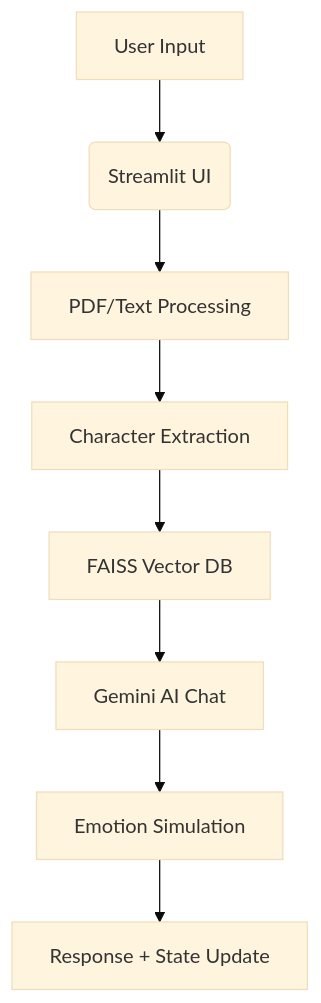
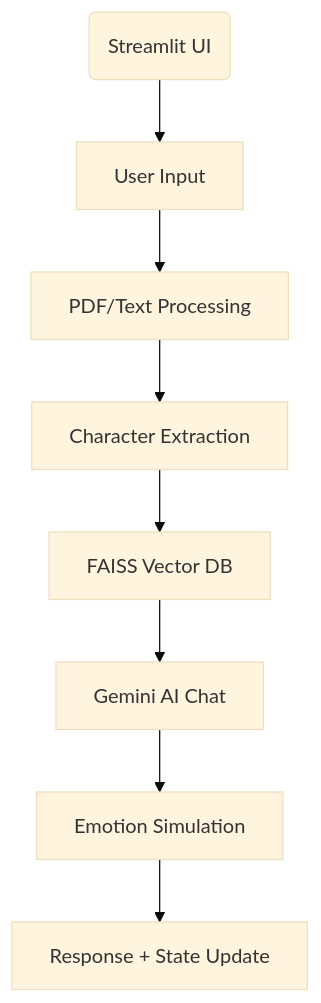
The diagram in README.md (Tsegaye16/LangChain_chatbot), drawn with Mermaid (base theme) before and after one commit. The commit also changed other lines of this file, not shown here.

````diff
--- a/README.md
+++ b/README.md
@@ -130,10 +152,10 @@
 ```mermaid
 flowchart TB
-    A[User Input] --> B(Streamlit UI)
+    A(Streamlit UI) --> B[User Input]
     B --> C[PDF/Text Processing]
     C --> D[Character Extraction]
     D --> E[FAISS Vector DB]
     E --> F[Gemini AI Chat]
     F --> G[Emotion Simulation]
     G --> H[Response + State Update]
 ```
````
